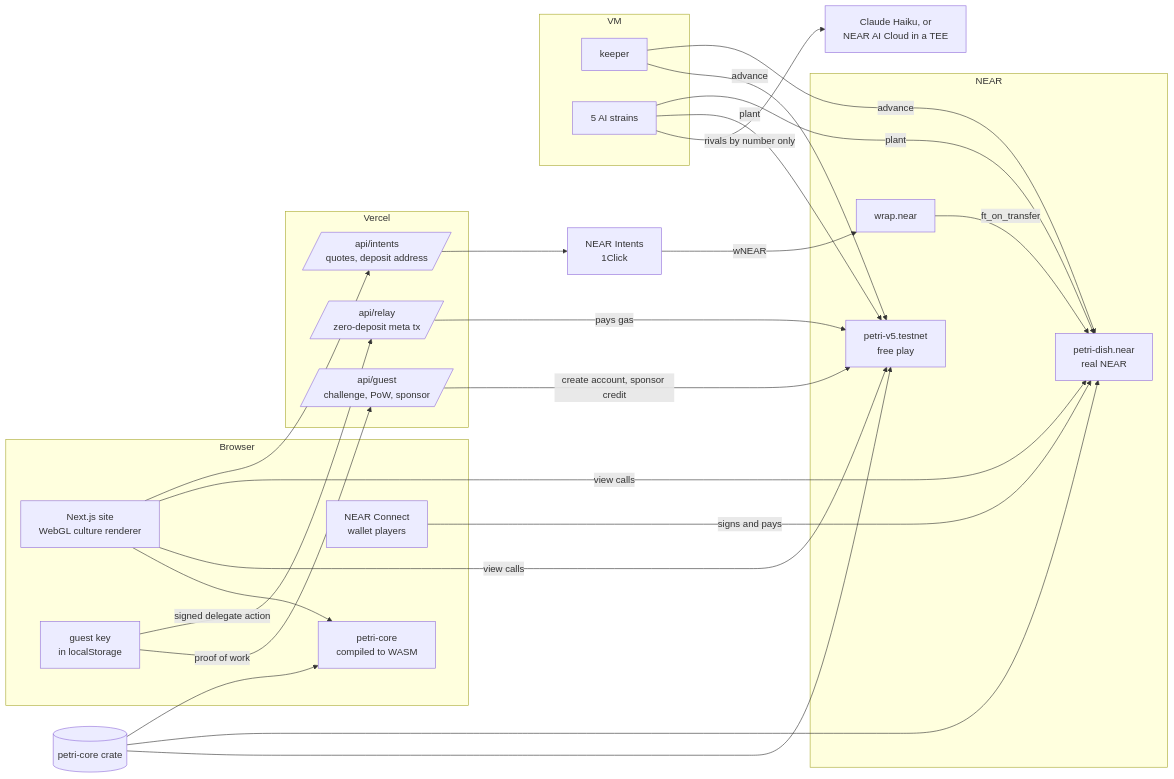
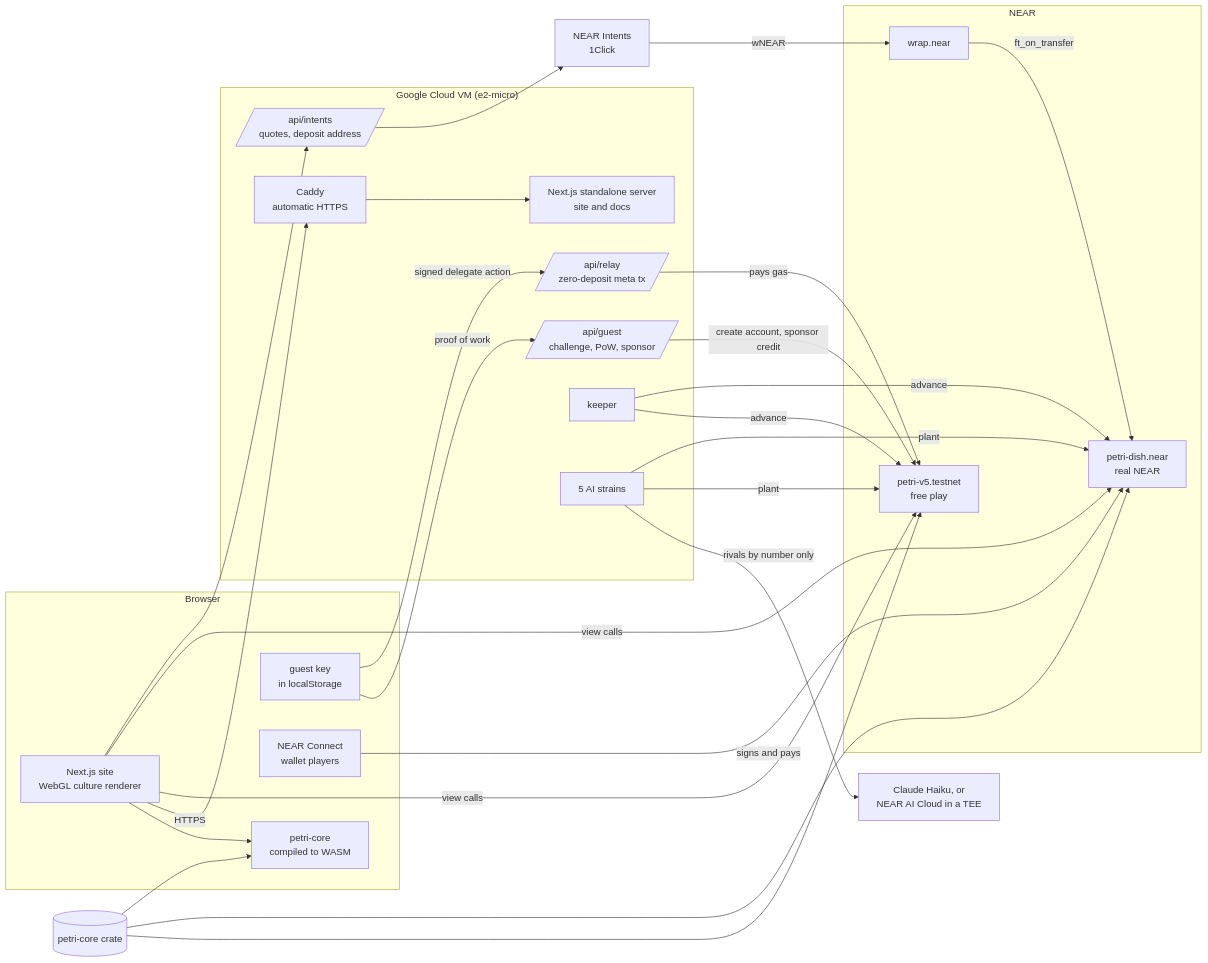
One commit to RohanGlitched/petri changed the diagram in README.md. Above: the diagram before and after it, drawn with Mermaid. The commit also changed other lines of this file and 75 other files, not shown here.

````diff
--- a/README.md
+++ b/README.md
@@ -192,41 +195,42 @@
 ```mermaid
 flowchart LR
   subgraph Browser
     UI[Next.js site<br/>WebGL culture renderer]
     WASM[petri-core<br/>compiled to WASM]
     KEY[guest key<br/>in localStorage]
     NC[NEAR Connect<br/>wallet players]
   end
   subgraph NEAR
     T[petri-v5.testnet<br/>free play]
     M[petri-dish.near<br/>real NEAR]
     W[wrap.near]
   end
-  subgraph Vercel
+  subgraph VM["Google Cloud VM (e2-micro)"]
+    C[Caddy<br/>automatic HTTPS]
+    N[Next.js standalone server<br/>site and docs]
     G[/api/guest<br/>challenge, PoW, sponsor/]
     R[/api/relay<br/>zero-deposit meta tx/]
     I[/api/intents<br/>quotes, deposit address/]
-  end
-  subgraph VM
     K[keeper]
     S[5 AI strains]
   end
   X[NEAR Intents<br/>1Click]
   AI[Claude Haiku, or<br/>NEAR AI Cloud in a TEE]
   CORE[(petri-core crate)]
   CORE --> T
   CORE --> M
   CORE --> WASM
   UI --> WASM
+  UI -- HTTPS --> C --> N
   UI -- view calls --> T
   UI -- view calls --> M
   KEY -- proof of work --> G -- create account, sponsor credit --> T
   KEY -- signed delegate action --> R -- pays gas --> T
   NC -- signs and pays --> M
   UI --> I --> X -- wNEAR --> W -- ft_on_transfer --> M
   K -- advance --> T
   K -- advance --> M
   S -- rivals by number only --> AI
   S -- plant --> T
   S -- plant --> M
 ```
````
